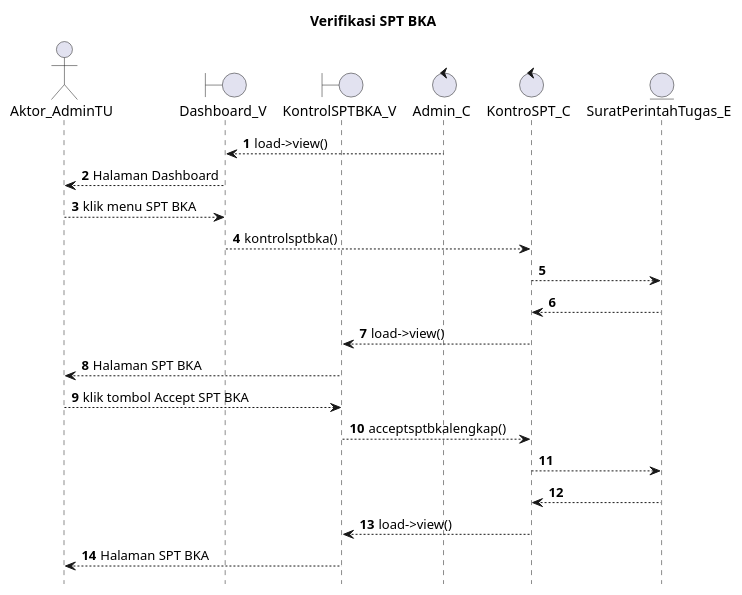
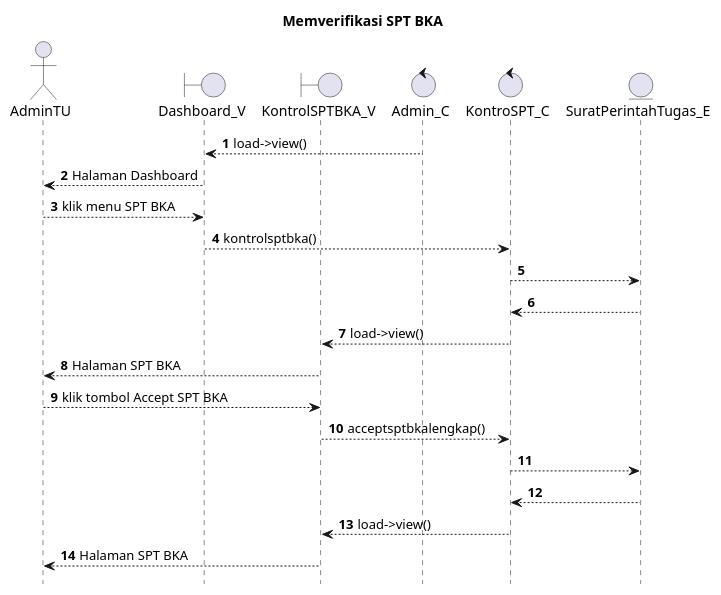
The diagram in SELAIN SISTEM/UML/SEQUENCE/admin tu/VerifikasiSPTBKA.puml (kurniado729/sistem_kp), drawn with PlantUML before and after one commit. The commit also changed 185 other files, not shown here.

Commit message:
masukkan sequence di laporan

```diff
--- a/SELAIN SISTEM/UML/SEQUENCE/admin tu/VerifikasiSPTBKA.puml
+++ b/SELAIN SISTEM/UML/SEQUENCE/admin tu/VerifikasiSPTBKA.puml
@@ -1,32 +1,32 @@
 @startuml
 
 autonumber
 hide footbox
-title Verifikasi SPT BKA
+title Memverifikasi SPT BKA
 
-Actor Aktor_AdminTU
+Actor AdminTU
 boundary Dashboard_V
 boundary KontrolSPTBKA_V
 control Admin_C
 control KontroSPT_C
 Entity SuratPerintahTugas_E
 
 Admin_C --> Dashboard_V: load->view()
-Dashboard_V --> Aktor_AdminTU: Halaman Dashboard
-Aktor_AdminTU --> Dashboard_V: klik menu SPT BKA
+Dashboard_V --> AdminTU: Halaman Dashboard
+AdminTU --> Dashboard_V: klik menu SPT BKA
 Dashboard_V --> KontroSPT_C: kontrolsptbka()
 KontroSPT_C --> SuratPerintahTugas_E:
     
     SuratPerintahTugas_E --> KontroSPT_C:
     KontroSPT_C --> KontrolSPTBKA_V: load->view()
-    KontrolSPTBKA_V --> Aktor_AdminTU: Halaman SPT BKA
+    KontrolSPTBKA_V --> AdminTU: Halaman SPT BKA
 
-Aktor_AdminTU --> KontrolSPTBKA_V: klik tombol Accept SPT BKA
+AdminTU --> KontrolSPTBKA_V: klik tombol Accept SPT BKA
 KontrolSPTBKA_V --> KontroSPT_C: acceptsptbkalengkap()
 KontroSPT_C --> SuratPerintahTugas_E:
    
     SuratPerintahTugas_E --> KontroSPT_C:
     KontroSPT_C --> KontrolSPTBKA_V: load->view()
-    KontrolSPTBKA_V --> Aktor_AdminTU: Halaman SPT BKA
+    KontrolSPTBKA_V --> AdminTU: Halaman SPT BKA
 
 @enduml
```
